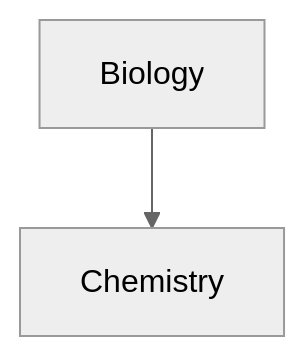
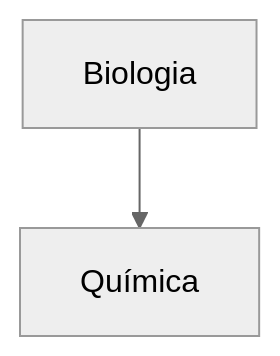
The second of 3 diagrams in pt-pt/Edição e formatação/Sintaxe de formatação avançada.md (Blackspirits/obsidian-help), drawn with Mermaid (neutral theme) before and after one commit. The commit also changed other lines of this file and 71 other files, not shown here.

````diff
--- a/pt-pt/Edição e formatação/Sintaxe de formatação avançada.md
+++ b/pt-pt/Edição e formatação/Sintaxe de formatação avançada.md
@@ -114,5 +114,5 @@
 ```mermaid
 graph TD
 
-Biology --> Chemistry
+Biologia --> Química
 ```
````
